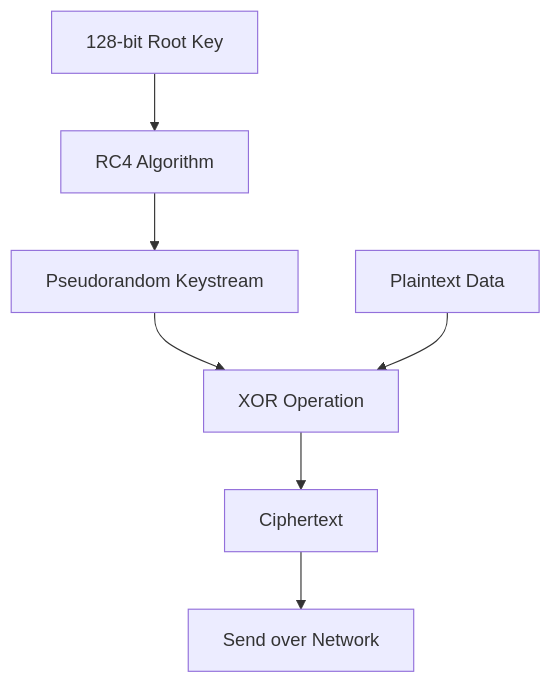
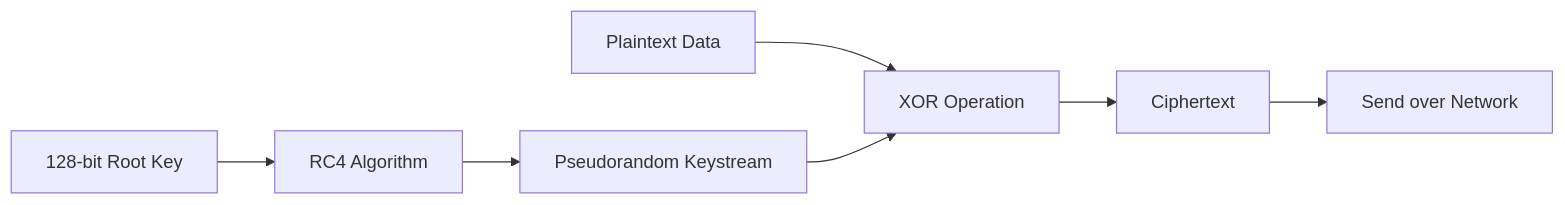
Before and after one commit to Pr0xyG33k/Pr0xyG33k.github.io: the first of 3 diagrams in posts/wireless03/index.md, drawn with Mermaid. The commit also changed 51 other files, not shown here.

````diff
--- a/posts/wireless03/index.md
+++ b/posts/wireless03/index.md
@@ -17,18 +17,11 @@
 ```mermaid
-graph TD
-    RK[128-bit Root Key]
-    RC4[RC4 Algorithm]
-    KS[Pseudorandom Keystream]
-    XOR[XOR Operation]
-    PT[Plaintext Data]
-    CT[Ciphertext]
-    NET[Send over Network]
+flowchart LR
+    RK[128-bit Root Key] --> RC4[RC4 Algorithm]
+    RC4 --> KS[Pseudorandom Keystream]
+    PT[Plaintext Data] --> XOR[XOR Operation]
+    KS --> XOR
+    XOR --> CT[Ciphertext]
+    CT --> NET[Send over Network]
 
-    RK --> RC4
-    RC4 --> KS
-    KS --> XOR
-    PT --> XOR
-    XOR --> CT
-    CT --> NET
 
 ```
````
